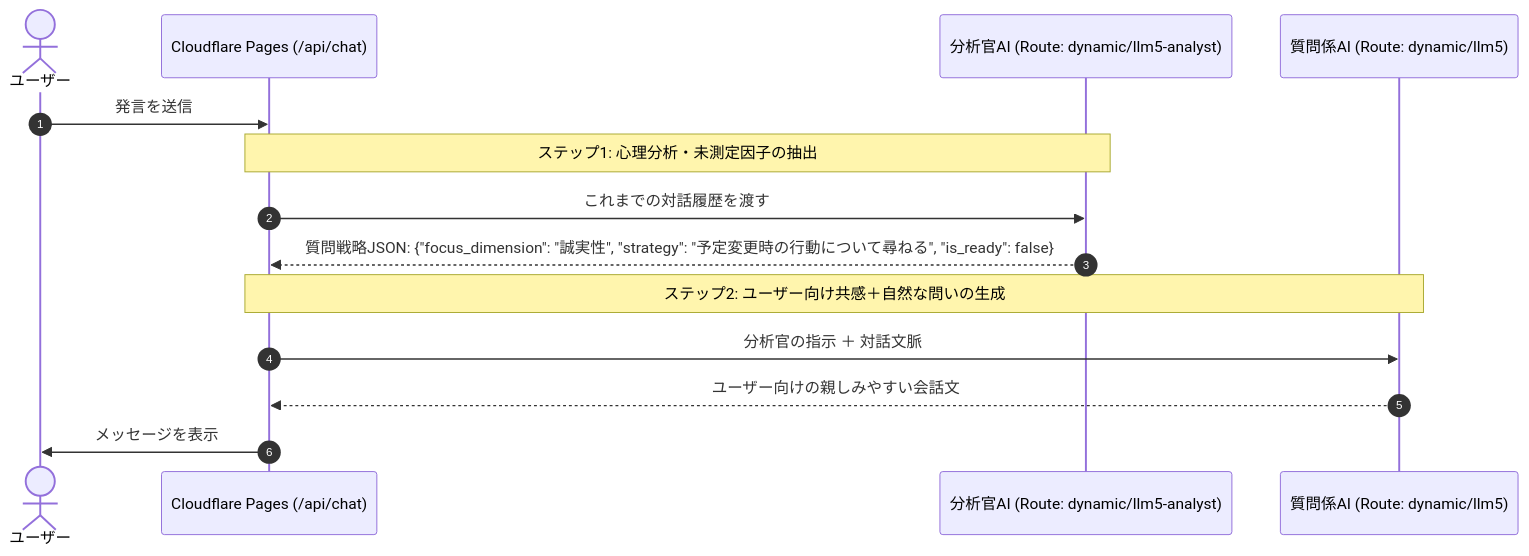
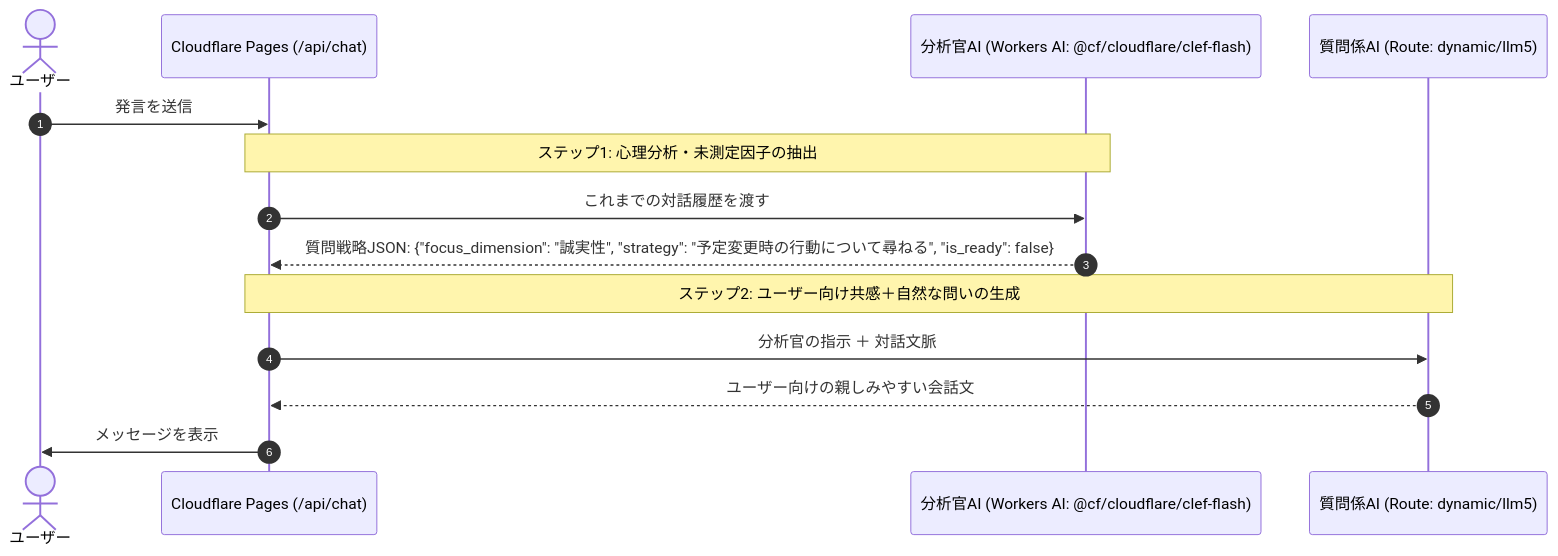
The diagram in README.md (eiri-111/LLM5), drawn with Mermaid before and after one commit. The commit also changed other lines of this file and 24 other files, not shown here.

Commit message:
feat: unify UI to Qualtrics survey style and restrict analyst strictly to clef-flash

````diff
--- a/README.md
+++ b/README.md
@@ -11,18 +11,18 @@
 ```mermaid
 sequenceDiagram
     autonumber
     actor ユーザー
     participant Pages as Cloudflare Pages (/api/chat)
-    participant Analyst as 分析官AI (Route: dynamic/llm5-analyst)
+    participant Analyst as 分析官AI (Workers AI: @cf/cloudflare/clef-flash)
     participant Interviewer as 質問係AI (Route: dynamic/llm5)
 
     ユーザー->>Pages: 発言を送信
     Note over Pages,Analyst: ステップ1: 心理分析・未測定因子の抽出
     Pages->>Analyst: これまでの対話履歴を渡す
     Analyst-->>Pages: 質問戦略JSON: {"focus_dimension": "誠実性", "strategy": "予定変更時の行動について尋ねる", "is_ready": false}
     
     Note over Pages,Interviewer: ステップ2: ユーザー向け共感＋自然な問いの生成
     Pages->>Interviewer: 分析官の指示 ＋ 対話文脈
     Interviewer-->>Pages: ユーザー向けの親しみやすい会話文
     Pages->>ユーザー: メッセージを表示
 ```
````
